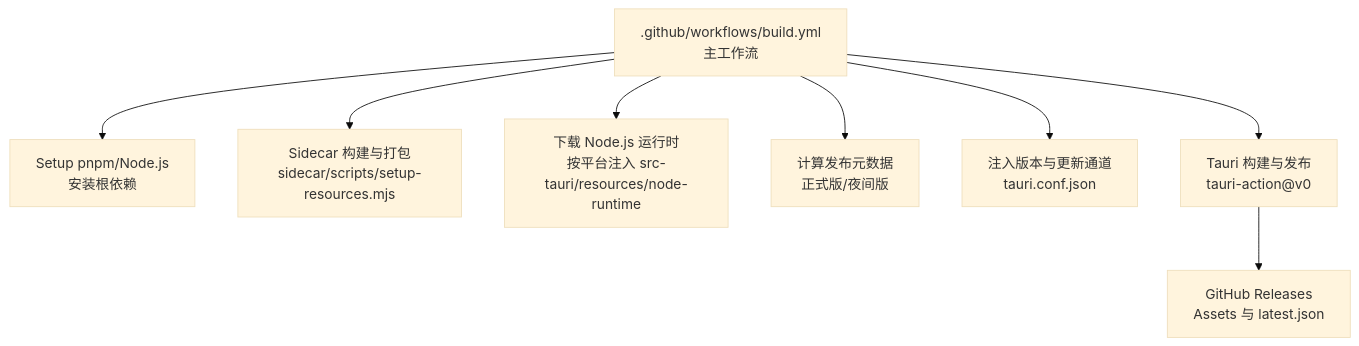
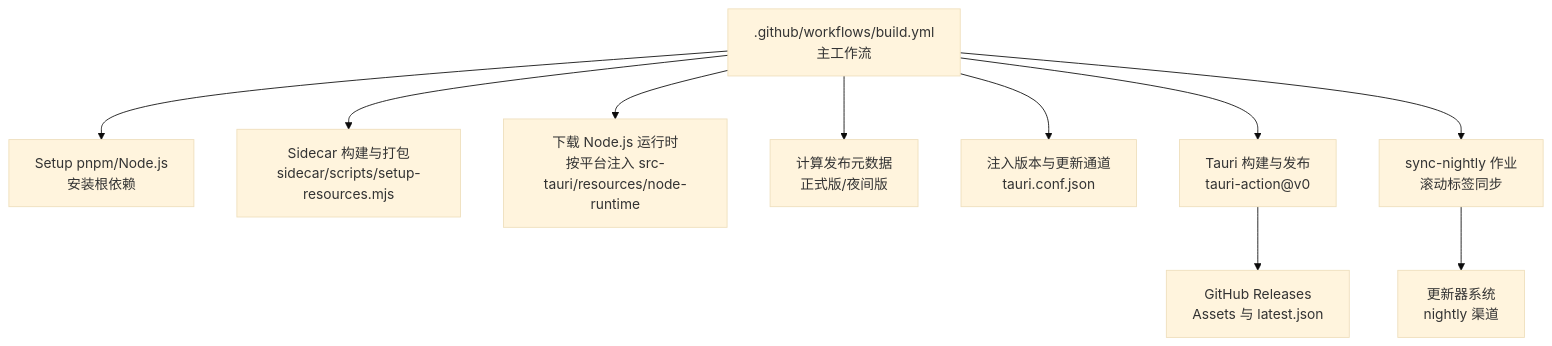
The first of 6 diagrams in .qoder/repowiki/zh/content/部署和发布/CI_CD 集成.md (RabbitAI-Lab/RabbitCoding), drawn with Mermaid (base theme) before and after one commit. The commit also changed other lines of this file and 32 other files, not shown here.

````diff
--- a/.qoder/repowiki/zh/content/部署和发布/CI_CD 集成.md
+++ b/.qoder/repowiki/zh/content/部署和发布/CI_CD 集成.md
@@ -42,10 +51,12 @@
 ```mermaid
 graph TB
 A[".github/workflows/build.yml<br/>主工作流"] --> B["Setup pnpm/Node.js<br/>安装根依赖"]
 A --> C["Sidecar 构建与打包<br/>sidecar/scripts/setup-resources.mjs"]
 A --> D["下载 Node.js 运行时<br/>按平台注入 src-tauri/resources/node-runtime"]
 A --> E["计算发布元数据<br/>正式版/夜间版"]
 A --> F["注入版本与更新通道<br/>tauri.conf.json"]
 A --> G["Tauri 构建与发布<br/>tauri-action@v0"]
-G --> H["GitHub Releases<br/>Assets 与 latest.json"]
+A --> H["sync-nightly 作业<br/>滚动标签同步"]
+G --> I["GitHub Releases<br/>Assets 与 latest.json"]
+H --> J["更新器系统<br/>nightly 渠道"]
 ```
````
